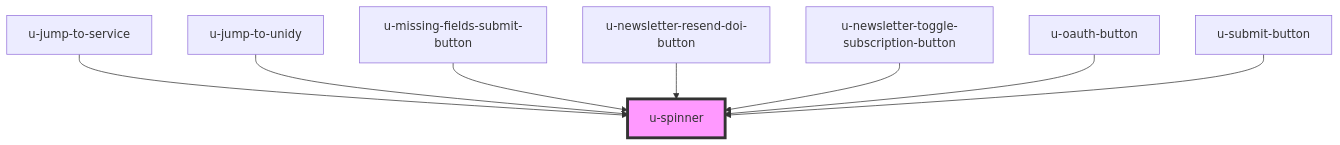
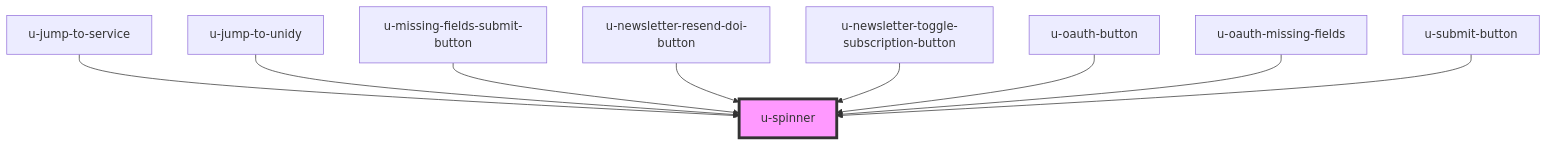
Before and after one commit to UnidyID/unidy-sdk: the diagram in packages/sdk/src/shared/components/spinner/readme.md, drawn with Mermaid. The commit also changed other lines of this file and 10 other files, not shown here.

````diff
--- a/packages/sdk/src/shared/components/spinner/readme.md
+++ b/packages/sdk/src/shared/components/spinner/readme.md
@@ -108,11 +109,12 @@
 ```mermaid
 graph TD;
   u-jump-to-service --> u-spinner
   u-jump-to-unidy --> u-spinner
   u-missing-fields-submit-button --> u-spinner
   u-newsletter-resend-doi-button --> u-spinner
   u-newsletter-toggle-subscription-button --> u-spinner
   u-oauth-button --> u-spinner
+  u-oauth-missing-fields --> u-spinner
   u-submit-button --> u-spinner
   style u-spinner fill:#f9f,stroke:#333,stroke-width:4px
 ```
````
